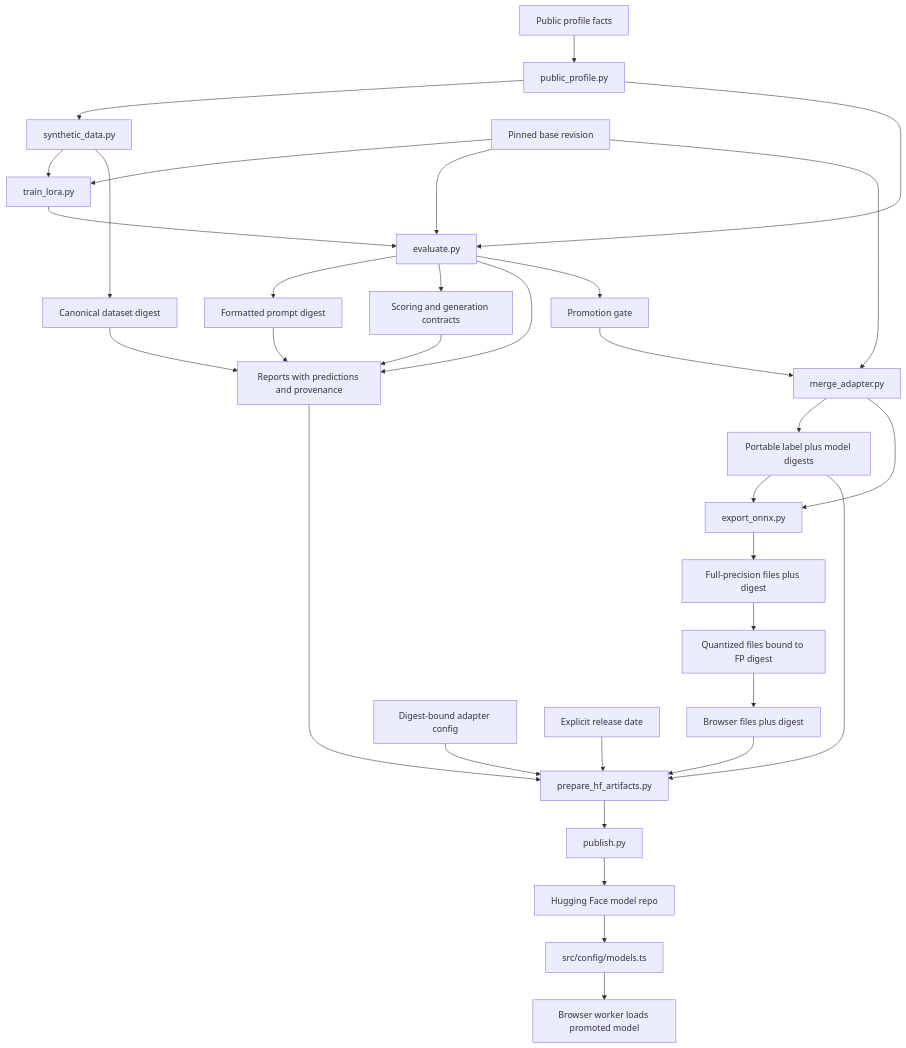
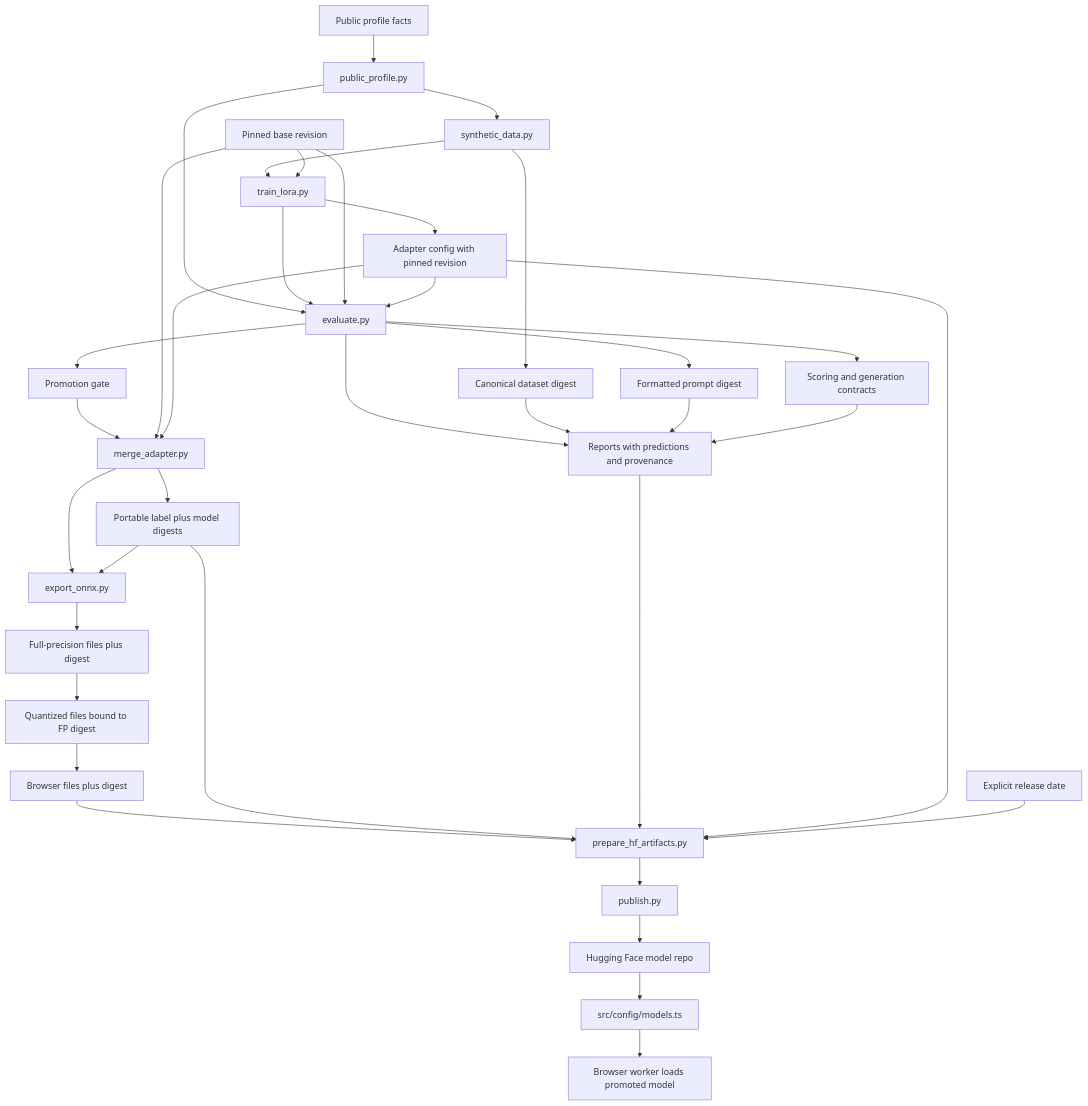
Before and after one commit to justinthelaw/justinthelaw: the fourth of 4 diagrams in docs/DIAGRAMS.md, drawn with Mermaid. The commit also changed other lines of this file and 11 other files, not shown here.

````diff
--- a/docs/DIAGRAMS.md
+++ b/docs/DIAGRAMS.md
@@ -100,35 +100,38 @@
 ```mermaid
 flowchart TD
   facts["Public profile facts"] --> pyProfile["public_profile.py"]
   pyProfile --> data["synthetic_data.py"]
   pyProfile --> eval
   data --> train["train_lora.py"]
   train --> eval["evaluate.py"]
   data --> datasetDigest["Canonical dataset digest"]
   eval --> promptDigest["Formatted prompt digest"]
   eval --> scoringDigest["Scoring and generation contracts"]
   eval --> reports["Reports with predictions and provenance"]
   datasetDigest --> reports
   promptDigest --> reports
   scoringDigest --> reports
   eval --> gate["Promotion gate"]
   gate --> merge["merge_adapter.py"]
   baseRevision["Pinned base revision"] --> train
   baseRevision --> eval
   baseRevision --> merge
+  train --> checkpointConfig["Adapter config with pinned revision"]
+  checkpointConfig --> eval
+  checkpointConfig --> merge
   merge --> lineage["Portable label plus model digests"]
   merge --> export["export_onnx.py"]
   lineage --> export
   export --> fpArtifact["Full-precision files plus digest"]
   fpArtifact --> quantized["Quantized files bound to FP digest"]
   quantized --> browserArtifact["Browser files plus digest"]
   browserArtifact --> artifacts["prepare_hf_artifacts.py"]
   lineage --> artifacts
   reports --> artifacts
-  checkpointConfig["Digest-bound adapter config"] --> artifacts
+  checkpointConfig --> artifacts
   releaseDate["Explicit release date"] --> artifacts
   artifacts --> publish["publish.py"]
   publish --> hfRepo["Hugging Face model repo"]
   hfRepo --> modelConfig["src/config/models.ts"]
   modelConfig --> browser["Browser worker loads promoted model"]
 ```
````
